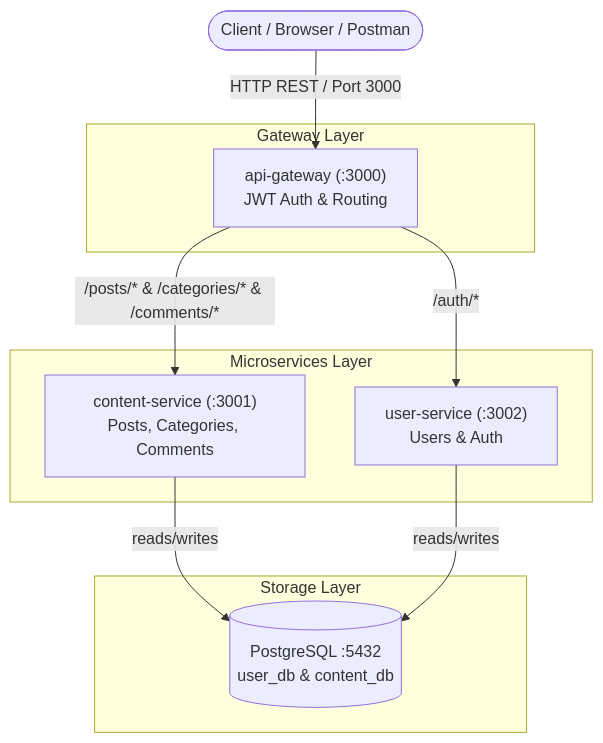
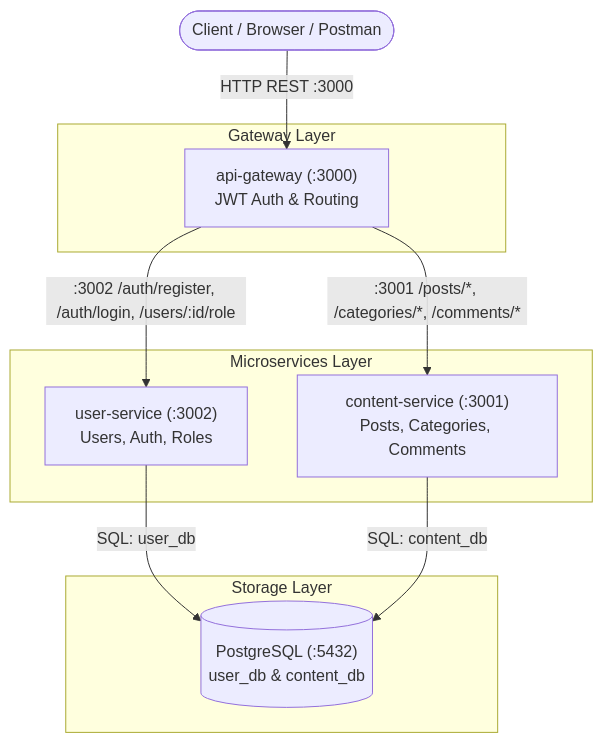
One commit to proops2026-simpleblog/docs changed the diagram in architecture.md. Above: the diagram before and after it, drawn with Mermaid. The commit also changed 5 other files, not shown here.

````diff
--- a/architecture.md
+++ b/architecture.md
@@ -3,23 +3,23 @@
 ```mermaid
 graph TD
   Client([Client / Browser / Postman])
 
   subgraph Gateway Layer
     GW["api-gateway (:3000)<br/>JWT Auth & Routing"]
   end
 
   subgraph Microservices Layer
+    US["user-service (:3002)<br/>Users, Auth, Roles"]
     CS["content-service (:3001)<br/>Posts, Categories, Comments"]
-    US["user-service (:3002)<br/>Users & Auth"]
   end
 
   subgraph Storage Layer
-    PG[(PostgreSQL :5432<br/>user_db & content_db)]
+    PG[("PostgreSQL (:5432)<br/>user_db & content_db")]
   end
 
-  Client -->|HTTP REST / Port 3000| GW
-  GW -->|/posts/* & /categories/* & /comments/*| CS
-  GW -->|/auth/*| US
-  CS -->|reads/writes| PG
-  US -->|reads/writes| PG
+  Client -->|"HTTP REST :3000"| GW
+  GW -->|":3002 /auth/register, /auth/login, /users/:id/role"| US
+  GW -->|":3001 /posts/*, /categories/*, /comments/*"| CS
+  US -->|"SQL: user_db"| PG
+  CS -->|"SQL: content_db"| PG
 ```
````
